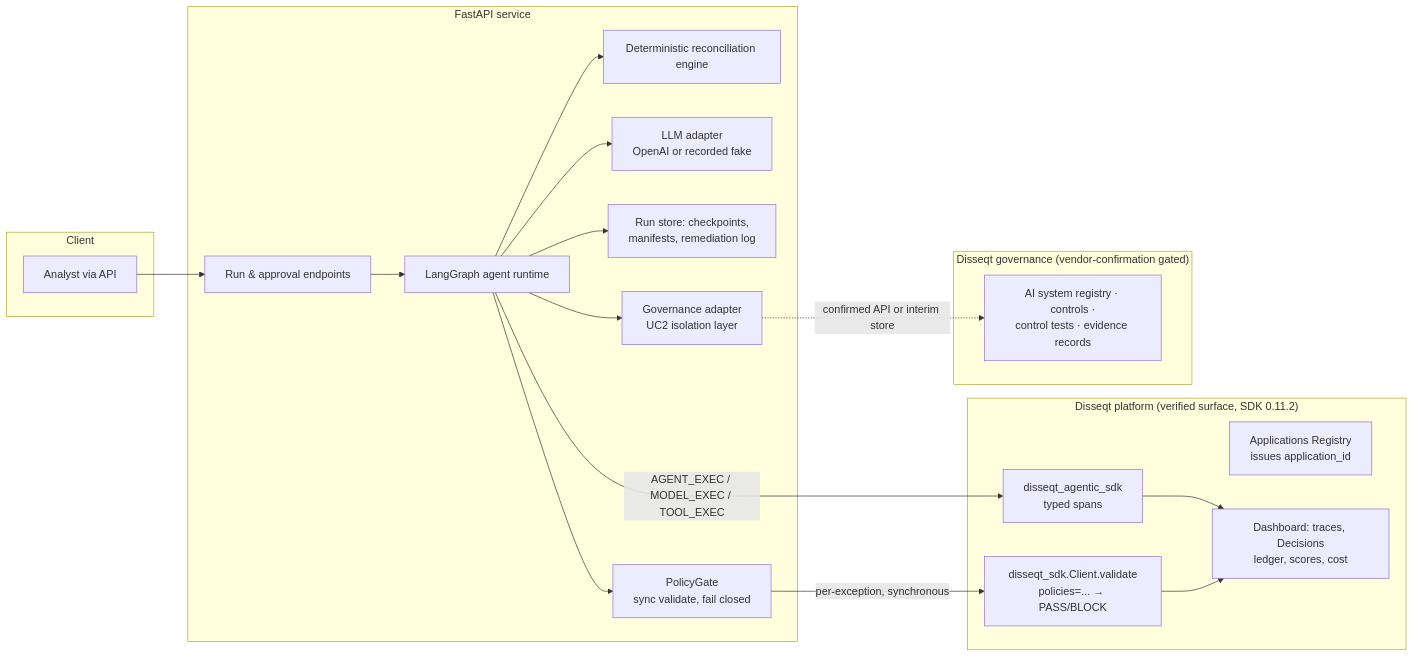
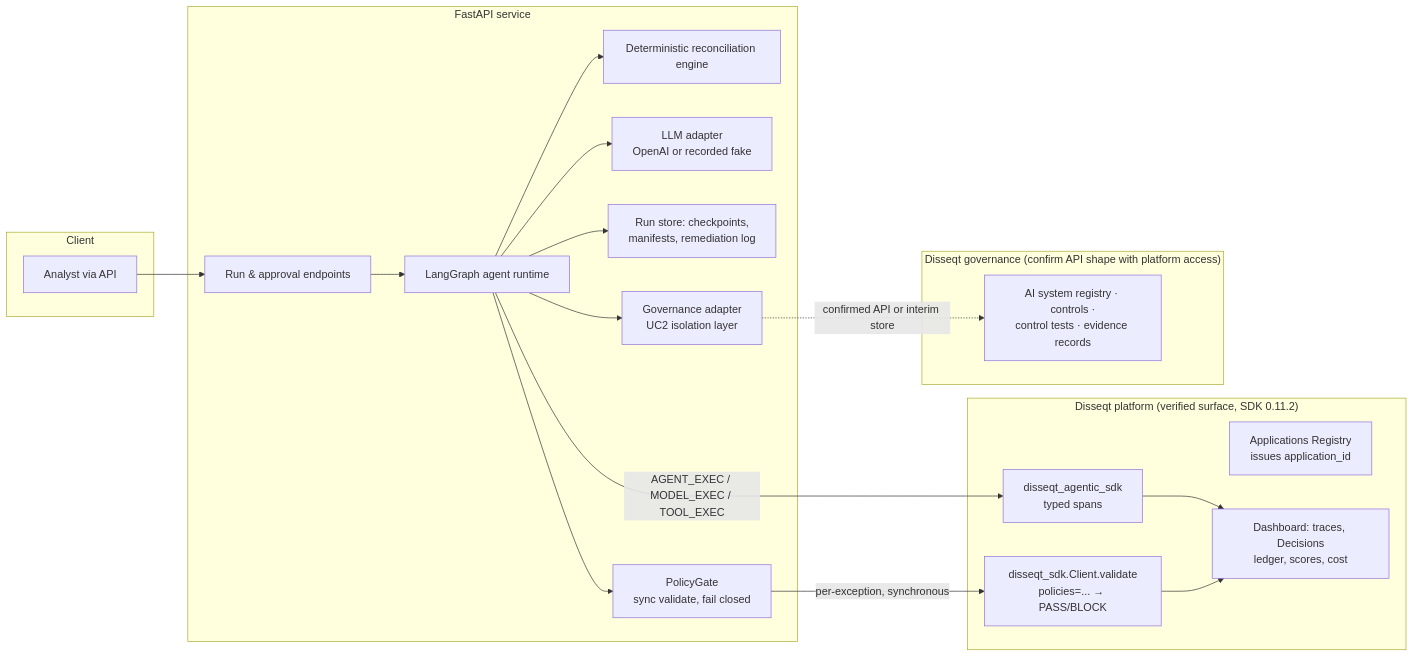
Before and after one commit to amithimani/mortgage-capital: the first of 2 diagrams in docs/IMPLEMENTATION_PLAN.md, drawn with Mermaid. The commit also changed other lines of this file and 2 other files, not shown here.

````diff
--- a/docs/IMPLEMENTATION_PLAN.md
+++ b/docs/IMPLEMENTATION_PLAN.md
@@ -57,33 +62,33 @@
 ```mermaid
 flowchart LR
     subgraph Client
         A[Analyst via API]
     end
     subgraph Service["FastAPI service"]
         B[Run & approval endpoints]
         C[LangGraph agent runtime]
         D[Deterministic reconciliation engine]
         E[LLM adapter<br/>OpenAI or recorded fake]
         F[Run store: checkpoints,<br/>manifests, remediation log]
         P[PolicyGate<br/>sync validate, fail closed]
         K[Governance adapter<br/>UC2 isolation layer]
     end
     subgraph Disseqt["Disseqt platform (verified surface, SDK 0.11.2)"]
         G[disseqt_agentic_sdk<br/>typed spans]
         H[disseqt_sdk.Client.validate<br/>policies=... → PASS/BLOCK]
         I[Applications Registry<br/>issues application_id]
         J[Dashboard: traces, Decisions<br/>ledger, scores, cost]
     end
-    subgraph Unverified["Disseqt governance (vendor-confirmation gated)"]
+    subgraph Governance["Disseqt governance (confirm API shape with platform access)"]
         L[AI system registry · controls ·<br/>control tests · evidence records]
     end
     A --> B --> C
     C --> D
     C --> E
     C --> F
     C -- AGENT_EXEC / MODEL_EXEC / TOOL_EXEC --> G
     C --> P -- per-exception, synchronous --> H
     C --> K -. confirmed API or interim store .-> L
     G --> J
     H --> J
 ```
````
